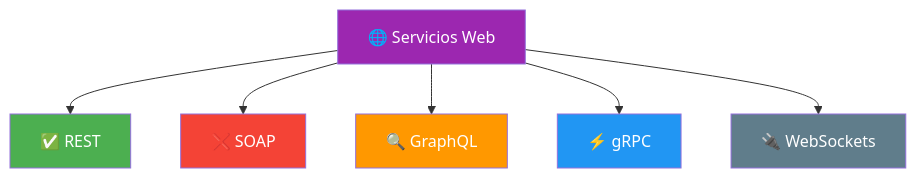
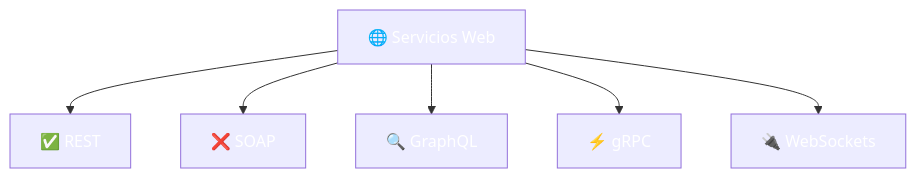
Before and after one commit to joseluisgs/DesarrolloWebEntornosServidor-02-2026-2027: the third of 7 diagrams in 01-conceptos-servicios.md, drawn with Mermaid. The commit also changed other lines of this file and 41 other files, not shown here.

````diff
--- a/01-conceptos-servicios.md
+++ b/01-conceptos-servicios.md
@@ -92,14 +92,14 @@
 ```mermaid
 flowchart TD
     A["🌐 Servicios Web"] --> B["✅ REST"]
     A --> C["❌ SOAP"]
     A --> D["🔍 GraphQL"]
     A --> E["⚡ gRPC"]
     A --> F["🔌 WebSockets"]
-    style A fill:#9C27B0,color:#fff
-    style B fill:#4CAF50,color:#fff
-    style C fill:#f44336,color:#fff
-    style D fill:#FF9800,color:#fff
-    style E fill:#2196F3,color:#fff
-    style F fill:#607D8B,color:#fff
+    style A fill:#9C27B,color:#fff0,color:#fff
+    style B fill:#4CAF5,color:#fff0,color:#fff
+    style C fill:#f4433,color:#fff6,color:#fff
+    style D fill:#FF980,color:#fff0,color:#fff
+    style E fill:#2196F,color:#fff3,color:#fff
+    style F fill:#607D8,color:#fffB,color:#fff
 ```
````
